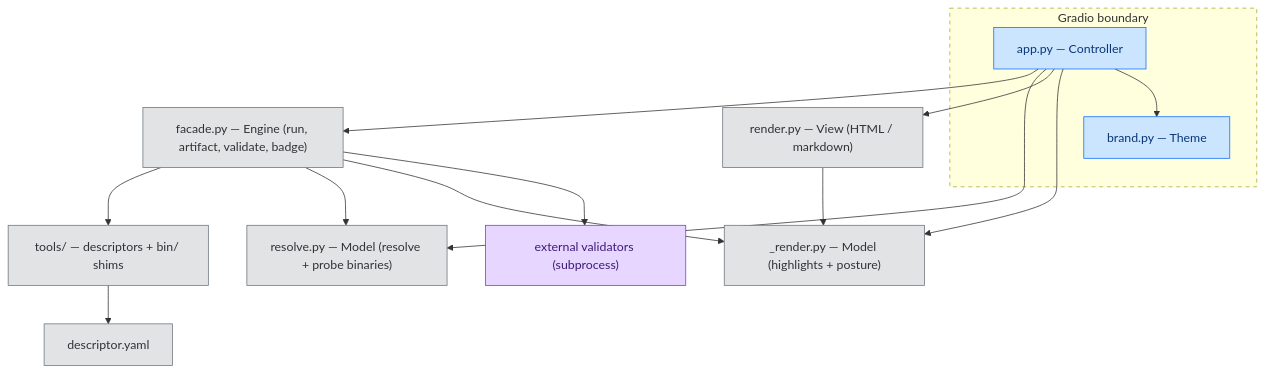
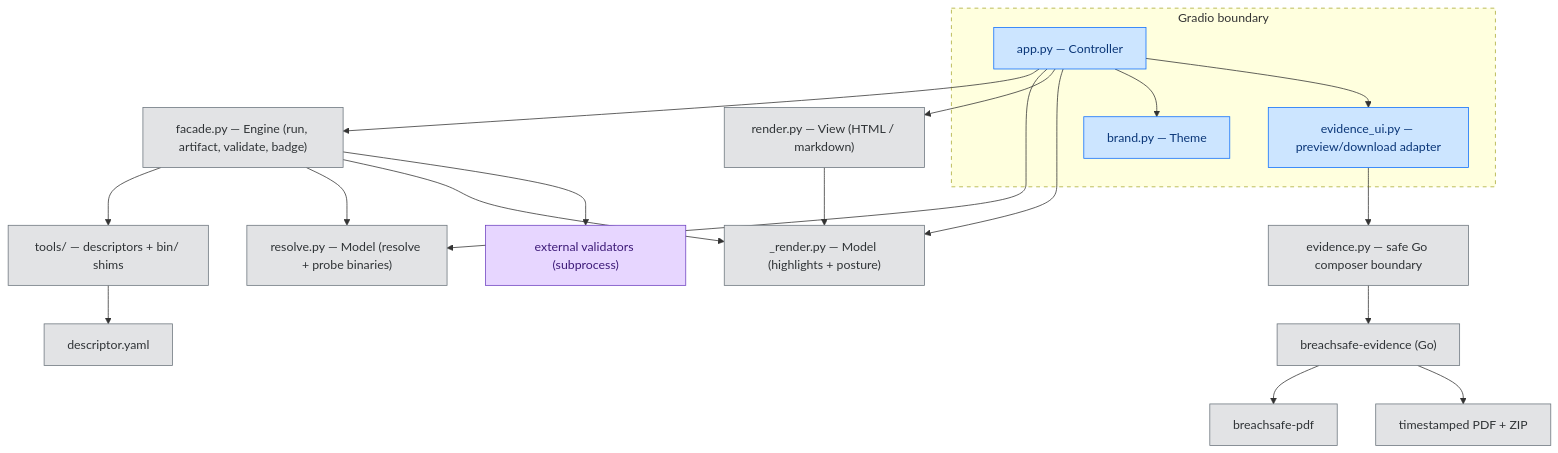
One commit to paul007ex/breachsafe-ux changed the second of 2 diagrams in docs/explanation/architecture.md. Above: the diagram before and after it, drawn with Mermaid. The commit also changed other lines of this file and 2 other files, not shown here.

Commit message:
docs: document Go evidence export architecture and release image

````diff
--- a/docs/explanation/architecture.md
+++ b/docs/explanation/architecture.md
@@ -63,37 +68,48 @@
 ```mermaid
 flowchart TD
     tools["tools/ — descriptors + bin/ shims"]
     desc["descriptor.yaml"]
     resolve["resolve.py — Model (resolve + probe binaries)"]
     facade["facade.py — Engine (run, artifact, validate, badge)"]
+    evidence["evidence.py — safe Go composer boundary"]
+    evidenceui["evidence_ui.py — preview/download adapter"]
+    composer["breachsafe-evidence (Go)"]
+    pdf["breachsafe-pdf"]
+    bundle["timestamped PDF + ZIP"]
     rendermodel["_render.py — Model (highlights + posture)"]
     view["render.py — View (HTML / markdown)"]
     validators["external validators (subprocess)"]
 
     subgraph gradio["Gradio boundary"]
         app["app.py — Controller"]
+        evidenceui
         brand["brand.py — Theme"]
     end
 
     tools --> desc
     facade --> tools
     facade --> resolve
     facade --> rendermodel
     facade --> validators
     app --> facade
     app --> resolve
     app --> view
     app --> rendermodel
     app --> brand
+    app --> evidenceui
+    evidenceui --> evidence
+    evidence --> composer
+    composer --> pdf
+    composer --> bundle
     view --> rendermodel
     style gradio stroke-dasharray: 5 5
     classDef valid       fill:#d4edda,stroke:#28a745,color:#155724;
     classDef invalid     fill:#f8d7da,stroke:#dc3545,color:#721c24;
     classDef unavailable fill:#fff3cd,stroke:#fd7e14,color:#7a4a00;
     classDef process     fill:#cce5ff,stroke:#0d6efd,color:#0a3678;
     classDef artifact    fill:#e2e3e5,stroke:#6c757d,color:#2f3336;
     classDef external    fill:#e7d6ff,stroke:#6f42c1,color:#3d1a78;
-    class app,brand process;
-    class tools,desc,resolve,facade,rendermodel,view artifact;
+    class app,brand,evidenceui process;
+    class tools,desc,resolve,facade,rendermodel,view,evidence,composer,pdf,bundle artifact;
     class validators external;
 ```
````
